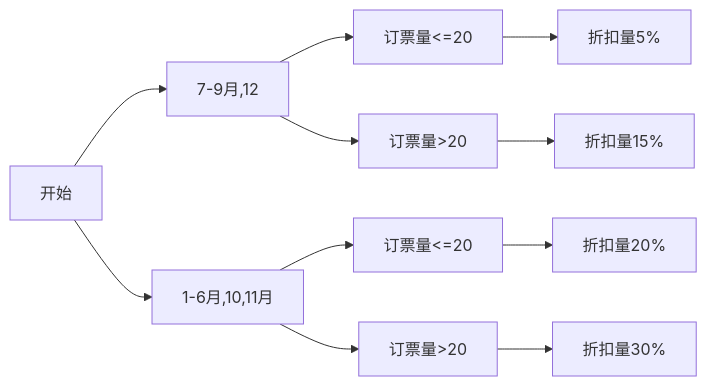
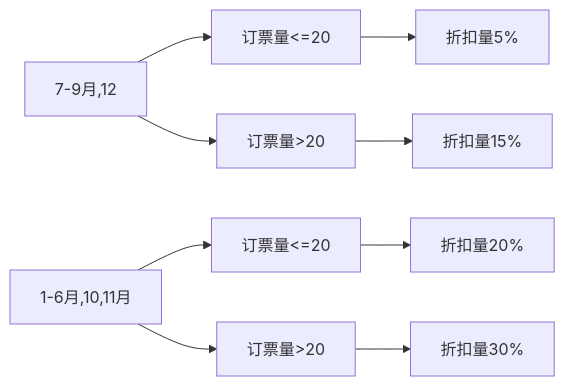
Before and after one commit to luoyueyuguang/Luoyue_Wiki: the first of 4 diagrams in SE/HomeWork.md, drawn with Mermaid. The commit also changed other lines of this file and 1 other file, not shown here.

````diff
--- a/SE/HomeWork.md
+++ b/SE/HomeWork.md
@@ -14,14 +25,13 @@
 ``` mermaid
 flowchart LR
-    A[开始]
     B[7-9月,12]
     B1[1-6月,10,11月]
-    A --> B --> C[订票量<=20]
+    B --> C[订票量<=20]
     B --> C1[订票量>20]
-    A --> B1 --> D[订票量<=20]
+    B1 --> D[订票量<=20]
     B1 --> D1[订票量>20]
     C --> E[折扣量5%]
     C1 --> F[折扣量15%]
     D --> G[折扣量20%]
     D1 --> H[折扣量30%]
 ```
````
